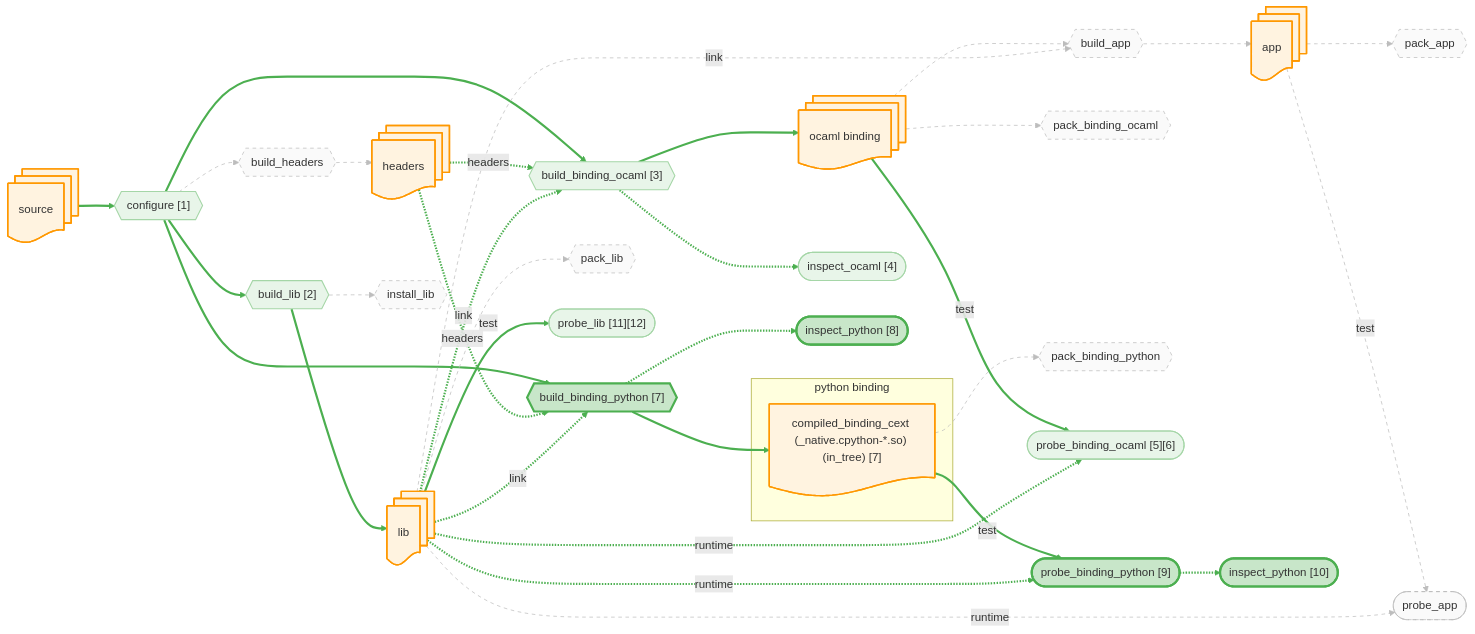
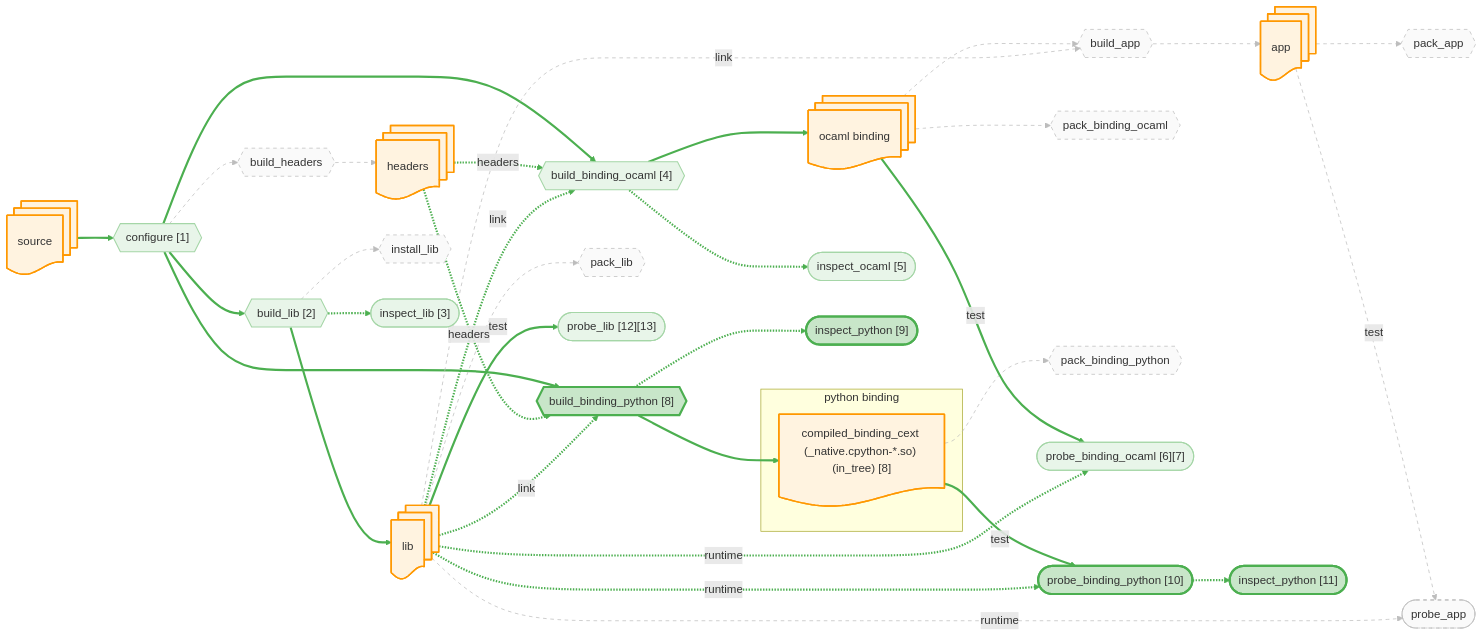
One commit to JHU-PL-Lab/tola changed the diagram in docs/canary/projects/tiny/-run/diagrams/binding_python.mmd. Above: the diagram before and after it, drawn with Mermaid. The commit also changed 36 other files, not shown here.

```diff
--- a/docs/canary/projects/tiny/-run/diagrams/binding_python.mmd
+++ b/docs/canary/projects/tiny/-run/diagrams/binding_python.mmd
@@ -1,120 +1,124 @@
 %% view: binding_python
 graph LR
     source_node@{ shape: docs, label: "source" }
     headers_node@{ shape: docs, label: "headers" }
     lib_node@{ shape: docs, label: "lib" }
     app_node@{ shape: docs, label: "app" }
     ocaml_binding_node@{ shape: docs, label: "ocaml binding" }
     subgraph python_binding_sg ["python binding"]
-      python_binding_build_tree_node@{ shape: doc, label: "compiled_binding_cext (_native.cpython-*.so) (in_tree) [7]" }
+      python_binding_build_tree_node@{ shape: doc, label: "compiled_binding_cext (_native.cpython-*.so) (in_tree) [8]" }
     end
 
     A_configure{{"configure [1]"}}
     A_build_headers{{"build_headers"}}
     A_build_lib{{"build_lib [2]"}}
-    A_build_binding_ocaml{{"build_binding_ocaml [3]"}}
-    A_build_binding_python{{"build_binding_python [7]"}}
+    A_build_binding_ocaml{{"build_binding_ocaml [4]"}}
+    A_build_binding_python{{"build_binding_python [8]"}}
     A_build_app{{"build_app"}}
     A_install_lib{{"install_lib"}}
     A_pack_binding_ocaml{{"pack_binding_ocaml"}}
     A_pack_binding_python{{"pack_binding_python"}}
     A_pack_lib{{"pack_lib"}}
     A_pack_app{{"pack_app"}}
-    A_probe_binding_ocaml(["probe_binding_ocaml [5][6]"])
-    A_probe_binding_python(["probe_binding_python [9]"])
-    A_probe_lib(["probe_lib [11][12]"])
+    A_probe_binding_ocaml(["probe_binding_ocaml [6][7]"])
+    A_probe_binding_python(["probe_binding_python [10]"])
+    A_probe_lib(["probe_lib [12][13]"])
     A_probe_app(["probe_app"])
-    A_build_binding_ocaml_inspect(["inspect_ocaml [4]"])
-    A_build_binding_python_inspect(["inspect_python [8]"])
-    A_probe_binding_python_inspect(["inspect_python [10]"])
+    A_build_lib_inspect(["inspect_lib [3]"])
+    A_build_binding_ocaml_inspect(["inspect_ocaml [5]"])
+    A_build_binding_python_inspect(["inspect_python [9]"])
+    A_probe_binding_python_inspect(["inspect_python [11]"])
 
     source_node --> A_configure
     A_configure --> A_build_headers
     A_build_headers --> headers_node
     A_configure --> A_build_lib
     A_build_lib --> lib_node
     A_configure --> A_build_binding_ocaml
     headers_node -.->|headers| A_build_binding_ocaml
     lib_node -.->|link| A_build_binding_ocaml
     A_build_binding_ocaml --> ocaml_binding_node
     A_configure --> A_build_binding_python
     headers_node -.->|headers| A_build_binding_python
     lib_node -.->|link| A_build_binding_python
     A_build_binding_python --> python_binding_build_tree_node
     ocaml_binding_node --> A_build_app
     lib_node -.->|link| A_build_app
     A_build_app --> app_node
     A_build_lib --> A_install_lib
     ocaml_binding_node --> A_pack_binding_ocaml
     python_binding_build_tree_node --> A_pack_binding_python
     lib_node --> A_pack_lib
     app_node --> A_pack_app
     ocaml_binding_node -->|test| A_probe_binding_ocaml
     lib_node -.->|runtime| A_probe_binding_ocaml
     python_binding_build_tree_node -->|test| A_probe_binding_python
     lib_node -.->|runtime| A_probe_binding_python
     lib_node -->|test| A_probe_lib
     app_node -->|test| A_probe_app
     lib_node -.->|runtime| A_probe_app
+    A_build_lib -.-> A_build_lib_inspect
     A_build_binding_ocaml -.-> A_build_binding_ocaml_inspect
     A_build_binding_python -.-> A_build_binding_python_inspect
     A_probe_binding_python -.-> A_probe_binding_python_inspect
 
     classDef artifact fill:#fff3e0,stroke:#ff9800,stroke-width:2px
     classDef action fill:#f3e5f5,stroke:#9c27b0,stroke-width:2px
     classDef st_done fill:#c8e6c9,stroke:#4caf50,stroke-width:3px
     classDef st_done_ctx fill:#e8f5e9,stroke:#a5d6a7,stroke-width:1.5px
     classDef st_expected_fail fill:#fff9c4,stroke:#f9a825,stroke-width:2px
     classDef st_failed fill:#ffcdd2,stroke:#c62828,stroke-width:2px
     classDef st_skipped fill:#f5f5f5,stroke:#9e9e9e,stroke-dasharray:5
     classDef st_nospec fill:#fafafa,stroke:#bdbdbd,stroke-dasharray:5
     class source_node,headers_node,lib_node,app_node,ocaml_binding_node,python_binding_build_tree_node artifact
     class A_configure st_done_ctx
     class A_build_headers st_nospec
     class A_build_lib st_done_ctx
     class A_build_binding_ocaml st_done_ctx
     class A_build_binding_python st_done
     class A_build_app st_nospec
     class A_install_lib st_nospec
     class A_pack_binding_ocaml st_nospec
     class A_pack_binding_python st_nospec
     class A_pack_lib st_nospec
     class A_pack_app st_nospec
     class A_probe_binding_ocaml st_done_ctx
     class A_probe_binding_python st_done
     class A_probe_lib st_done_ctx
     class A_probe_app st_nospec
+    class A_build_lib_inspect st_done_ctx
     class A_build_binding_ocaml_inspect st_done_ctx
     class A_build_binding_python_inspect st_done
     class A_probe_binding_python_inspect st_done
     linkStyle 0 stroke:#4caf50,stroke-width:3px
     linkStyle 1 stroke:#bdbdbd,stroke-width:1px,stroke-dasharray:5
     linkStyle 2 stroke:#bdbdbd,stroke-width:1px,stroke-dasharray:5
     linkStyle 3 stroke:#4caf50,stroke-width:3px
     linkStyle 4 stroke:#4caf50,stroke-width:3px
     linkStyle 5 stroke:#4caf50,stroke-width:3px
     linkStyle 6 stroke:#4caf50,stroke-width:3px
     linkStyle 7 stroke:#4caf50,stroke-width:3px
     linkStyle 8 stroke:#4caf50,stroke-width:3px
     linkStyle 9 stroke:#4caf50,stroke-width:3px
     linkStyle 10 stroke:#4caf50,stroke-width:3px
     linkStyle 11 stroke:#4caf50,stroke-width:3px
     linkStyle 12 stroke:#4caf50,stroke-width:3px
     linkStyle 13 stroke:#bdbdbd,stroke-width:1px,stroke-dasharray:5
     linkStyle 14 stroke:#bdbdbd,stroke-width:1px,stroke-dasharray:5
     linkStyle 15 stroke:#bdbdbd,stroke-width:1px,stroke-dasharray:5
     linkStyle 16 stroke:#bdbdbd,stroke-width:1px,stroke-dasharray:5
     linkStyle 17 stroke:#bdbdbd,stroke-width:1px,stroke-dasharray:5
     linkStyle 18 stroke:#bdbdbd,stroke-width:1px,stroke-dasharray:5
     linkStyle 19 stroke:#bdbdbd,stroke-width:1px,stroke-dasharray:5
     linkStyle 20 stroke:#bdbdbd,stroke-width:1px,stroke-dasharray:5
     linkStyle 21 stroke:#4caf50,stroke-width:3px
     linkStyle 22 stroke:#4caf50,stroke-width:3px
     linkStyle 23 stroke:#4caf50,stroke-width:3px
     linkStyle 24 stroke:#4caf50,stroke-width:3px
     linkStyle 25 stroke:#4caf50,stroke-width:3px
     linkStyle 26 stroke:#bdbdbd,stroke-width:1px,stroke-dasharray:5
     linkStyle 27 stroke:#bdbdbd,stroke-width:1px,stroke-dasharray:5
     linkStyle 28 stroke:#4caf50,stroke-width:3px
     linkStyle 29 stroke:#4caf50,stroke-width:3px
     linkStyle 30 stroke:#4caf50,stroke-width:3px
+    linkStyle 31 stroke:#4caf50,stroke-width:3px
```
